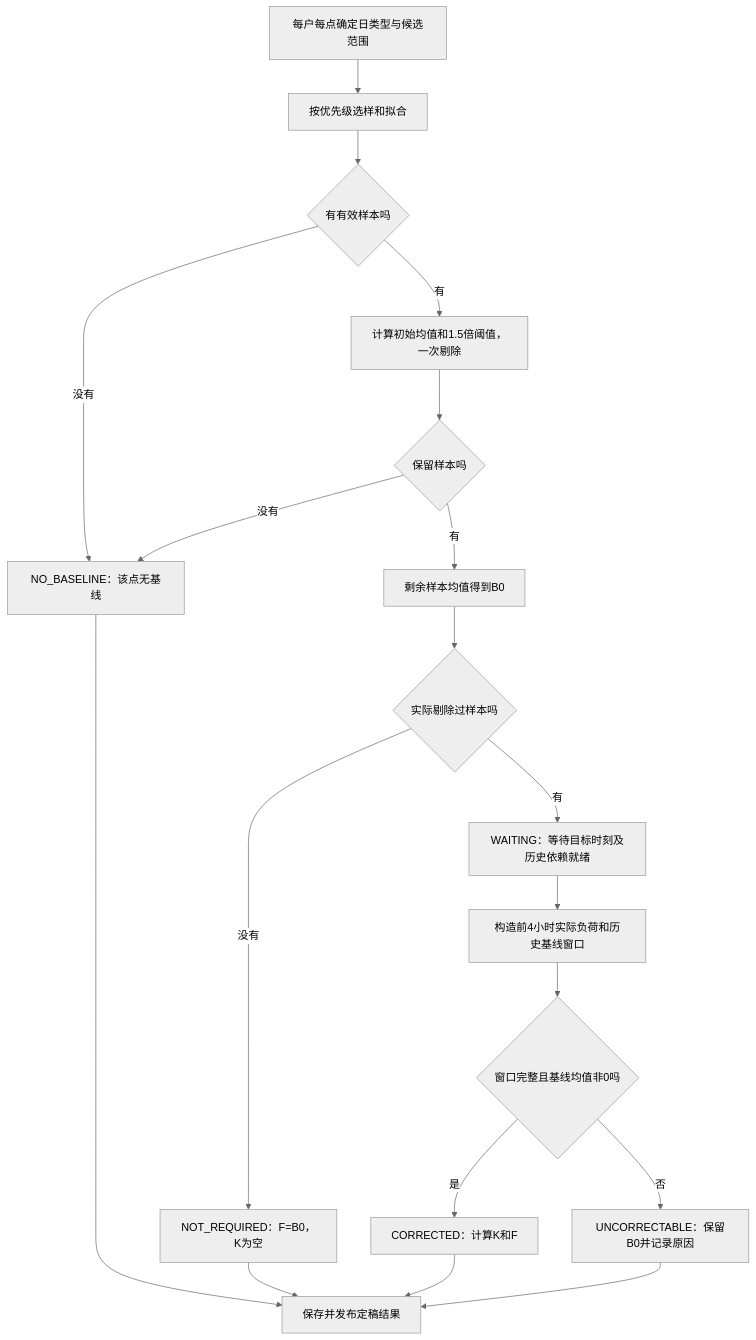
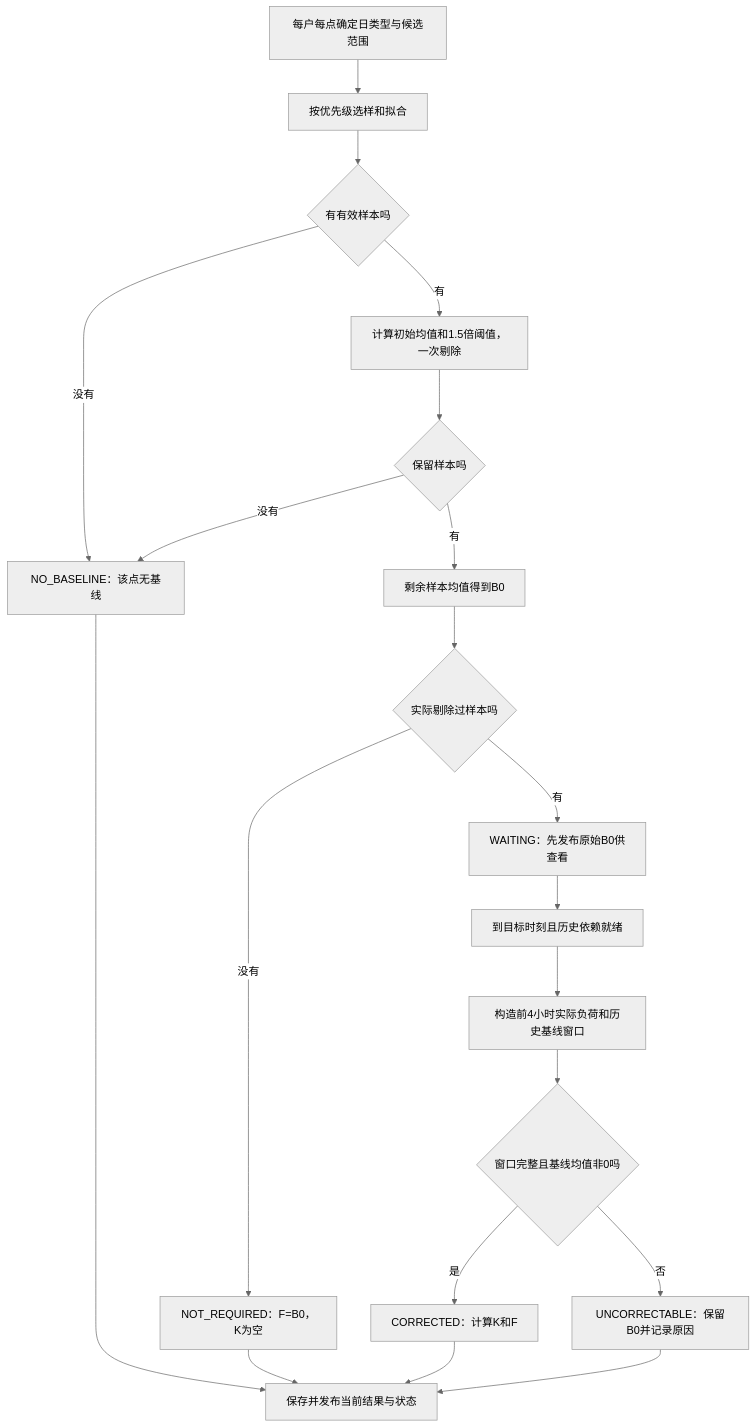
The diagram in 用户基线计算逻辑与产出说明.md (Gaoyh-adm/vpp), drawn with Mermaid (neutral theme) before and after one commit. The commit also changed other lines of this file and 1 other file, not shown here.

````diff
--- a/用户基线计算逻辑与产出说明.md
+++ b/用户基线计算逻辑与产出说明.md
@@ -73,21 +78,22 @@
 ```mermaid
 flowchart TD
     A[每户每点确定日类型与候选范围] --> B[按优先级选样和拟合]
     B --> C{有有效样本吗}
     C -->|没有| D[NO_BASELINE：该点无基线]
     C -->|有| E[计算初始均值和1.5倍阈值，一次剔除]
     E --> F{保留样本吗}
     F -->|没有| D
     F -->|有| G[剩余样本均值得到B0]
     G --> H{实际剔除过样本吗}
     H -->|没有| I[NOT_REQUIRED：F=B0，K为空]
-    H -->|有| J[WAITING：等待目标时刻及历史依赖就绪]
-    J --> K[构造前4小时实际负荷和历史基线窗口]
+    H -->|有| J[WAITING：先发布原始B0供查看]
+    J --> J2[到目标时刻且历史依赖就绪]
+    J2 --> K[构造前4小时实际负荷和历史基线窗口]
     K --> L{窗口完整且基线均值非0吗}
     L -->|是| M[CORRECTED：计算K和F]
     L -->|否| N[UNCORRECTABLE：保留B0并记录原因]
-    D --> O[保存并发布定稿结果]
+    D --> O[保存并发布当前结果与状态]
     I --> O
     M --> O
     N --> O
 ```
````
